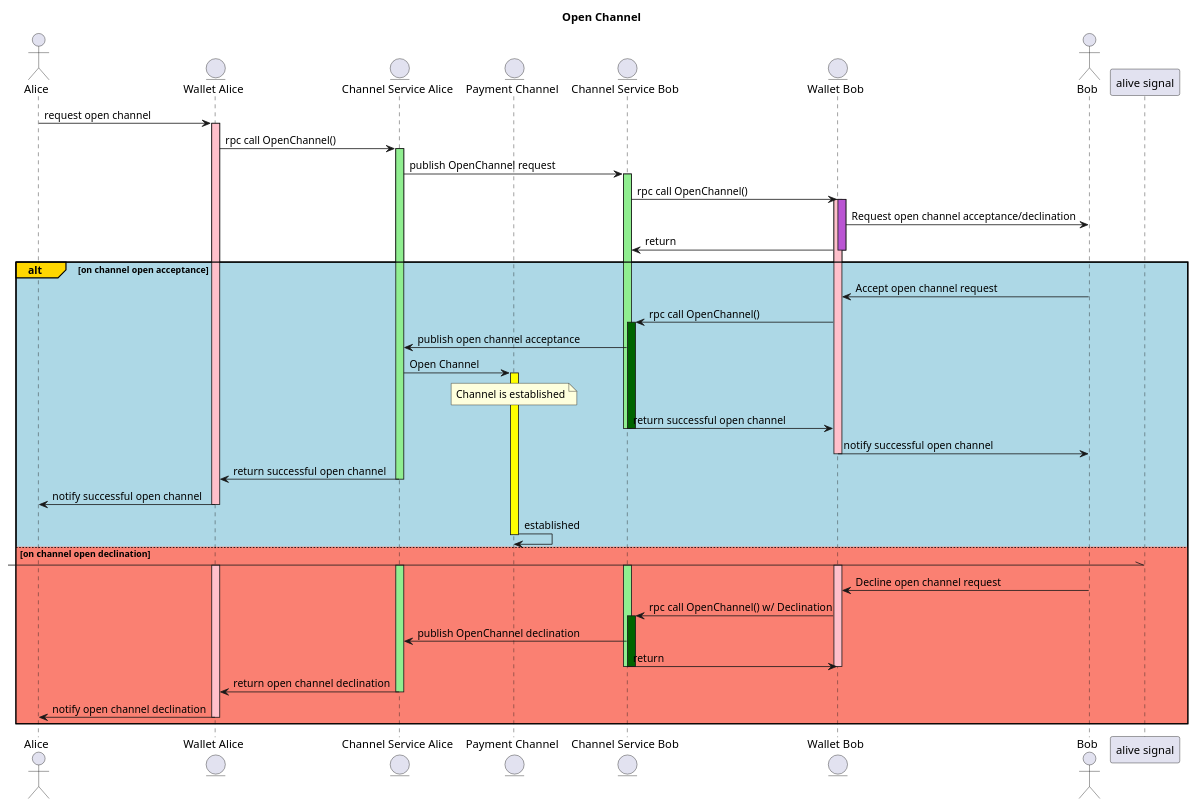
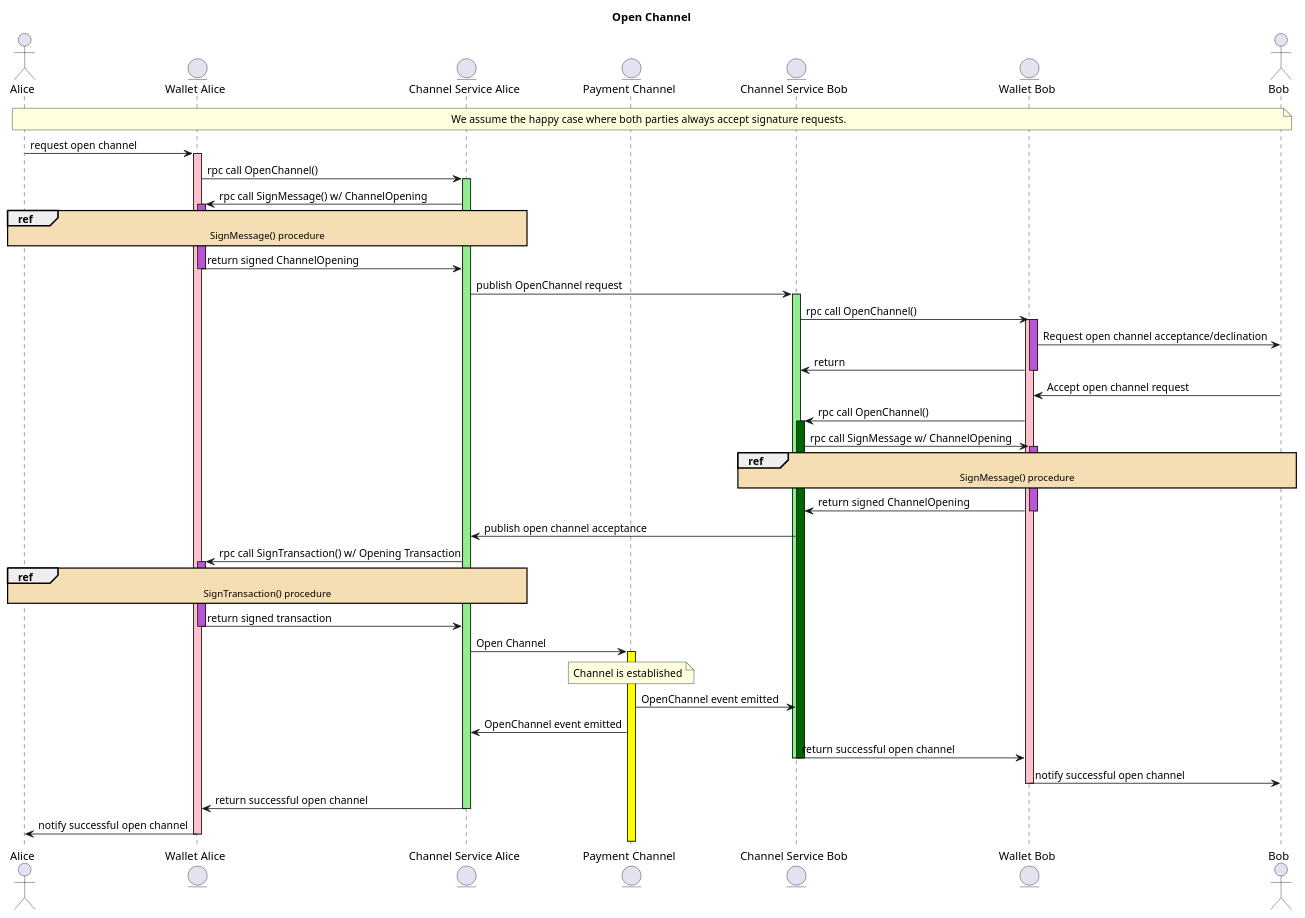
Before and after one commit to perun-network/perun-wallet-spec: the diagram in src/sequence-open.pu, drawn with PlantUML. The commit also changed 13 other files, not shown here.

Commit message:
sequence: Clean up sequence diagrams and reference in Spec.md

```diff
--- a/src/sequence-open.pu
+++ b/src/sequence-open.pu
@@ -1,63 +1,63 @@
 @startuml
 actor Alice as A
 entity "Wallet Alice" as WA
 entity "Channel Service Alice" as CSA
 entity "Payment Channel" as PC
 entity "Channel Service Bob" as CSB
 entity "Wallet Bob" as WB
 actor Bob as B
 
+skinparam sequenceReferenceBackgroundColor wheat
+
 title Open Channel
+
+note across: We assume the happy case where both parties always accept signature requests.
 
 A -> WA : request open channel
 activate WA #pink
 WA -> CSA : rpc call OpenChannel()
 activate CSA #lightgreen
+CSA -> WA : rpc call SignMessage() w/ ChannelOpening
+activate WA #mediumorchid
+ref over A, WA, CSA : SignMessage() procedure
+WA -> CSA : return signed ChannelOpening
+deactivate WA
 CSA -> CSB : publish OpenChannel request
 activate CSB #lightgreen
 CSB -> WB : rpc call OpenChannel()
 activate WB #pink
 activate WB #mediumorchid
 WB -> B : Request open channel acceptance/declination
 WB -> CSB : return
 deactivate WB
-alt#gold #lightblue on channel open acceptance
-  B -> WB : Accept open channel request
-  WB -> CSB : rpc call OpenChannel()
-  activate CSB #darkgreen
-  CSB -> CSA : publish open channel acceptance
-  CSA -> PC : Open Channel
-  activate PC #yellow
-  note over PC: Channel is established
-  CSB -> WB : return successful open channel
-  deactivate CSB
-  deactivate CSB
-  WB -> B : notify successful open channel
-  deactivate WB
-  CSA -> WA : return successful open channel
-  deactivate CSA
-  WA -> A : notify successful open channel
-  deactivate WA
-  PC -> PC : established
-  deactivate PC
-else #salmon on channel open declination
-  [-\\ "alive signal"
-  activate CSA #lightgreen
-  activate CSB #lightgreen
-  activate WB #pink
-  activate WA #pink
-  B -> WB : Decline open channel request
-  WB -> CSB : rpc call OpenChannel() w/ Declination
-  activate CSB #darkgreen
-  CSB -> CSA : publish OpenChannel declination
-  CSB -> WB : return
-  deactivate CSB
-  deactivate CSB
-  deactivate WB
-  CSA -> WA : return open channel declination
-  deactivate CSA
-  WA -> A : notify open channel declination
-  deactivate WA
-end
+
+B -> WB : Accept open channel request
+WB -> CSB : rpc call OpenChannel()
+activate CSB #darkgreen
+CSB -> WB : rpc call SignMessage w/ ChannelOpening
+activate WB #mediumorchid
+ref over B, WB, CSB : SignMessage() procedure
+WB -> CSB : return signed ChannelOpening
+deactivate WB
+CSB -> CSA : publish open channel acceptance
+CSA -> WA : rpc call SignTransaction() w/ Opening Transaction
+activate WA #mediumorchid
+ref over A, WA, CSA : SignTransaction() procedure
+WA -> CSA : return signed transaction
+deactivate WA
+CSA -> PC : Open Channel
+activate PC #yellow
+note over PC: Channel is established
+PC -> CSB : OpenChannel event emitted
+PC -> CSA : OpenChannel event emitted
+CSB -> WB : return successful open channel
+deactivate CSB
+deactivate CSB
+WB -> B : notify successful open channel
+deactivate WB
+CSA -> WA : return successful open channel
+deactivate CSA
+WA -> A : notify successful open channel
+deactivate WA
 
 @enduml
```
